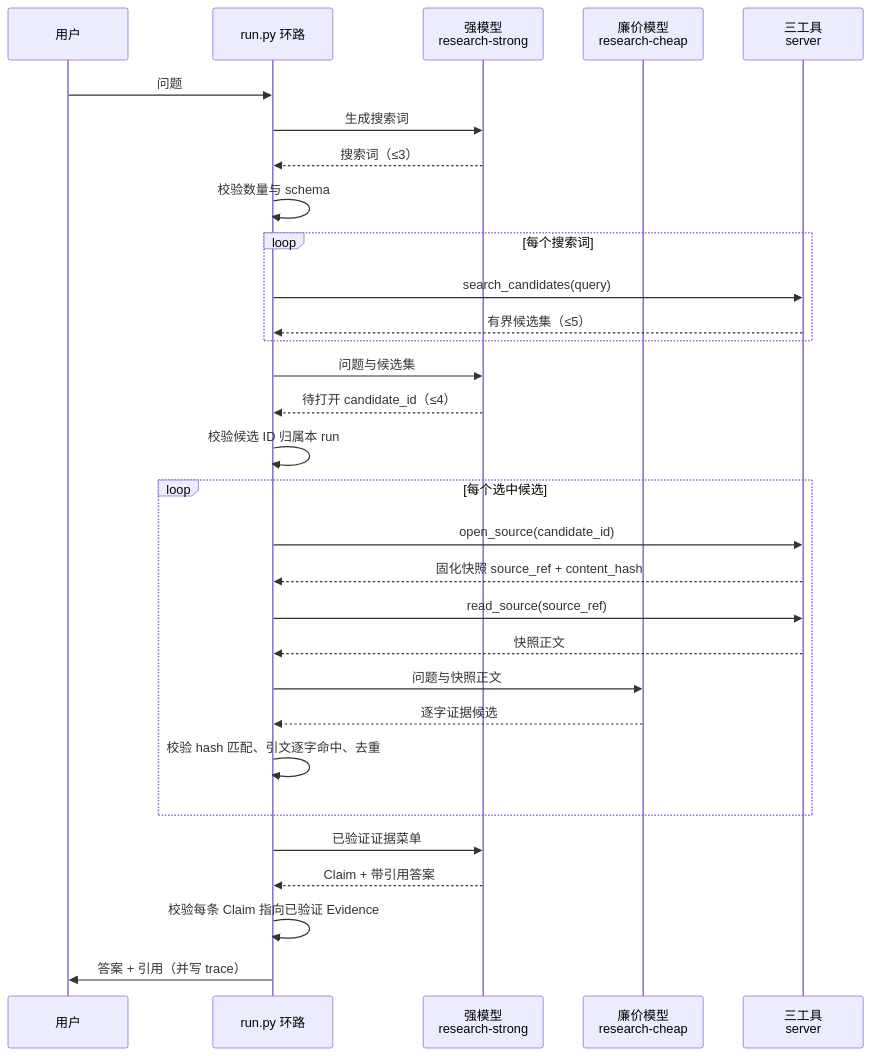
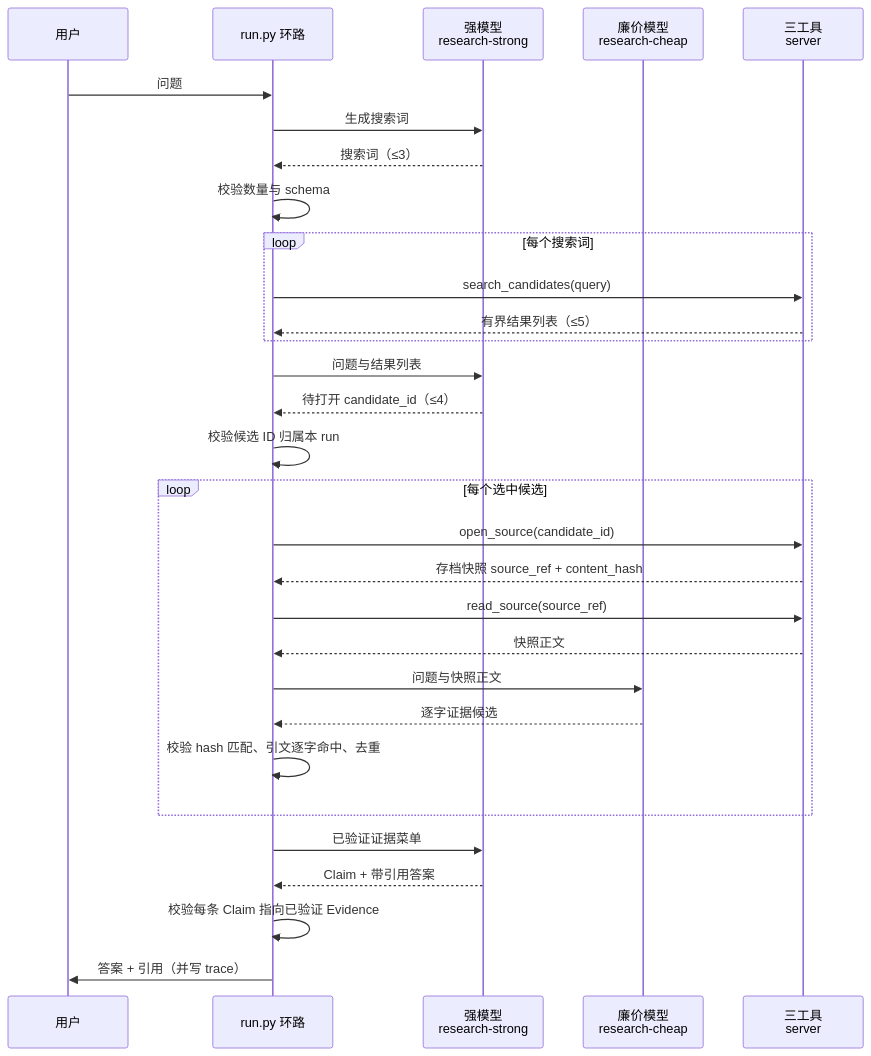
One commit to SuperCatQR/traceable-research-runtime changed the diagram in docs/validation-poc.md. Above: the diagram before and after it, drawn with Mermaid. The commit also changed other lines of this file and 7 other files, not shown here.

````diff
--- a/docs/validation-poc.md
+++ b/docs/validation-poc.md
@@ -94,33 +94,33 @@
 ```mermaid
 sequenceDiagram
     participant U as 用户
     participant R as run.py 环路
     participant S as 强模型<br/>research-strong
     participant C as 廉价模型<br/>research-cheap
     participant SI as 三工具<br/>server
 
     U->>R: 问题
     R->>S: 生成搜索词
     S-->>R: 搜索词（≤3）
     R->>R: 校验数量与 schema
     loop 每个搜索词
         R->>SI: search_candidates(query)
-        SI-->>R: 有界候选集（≤5）
+        SI-->>R: 有界结果列表（≤5）
     end
-    R->>S: 问题与候选集
+    R->>S: 问题与结果列表
     S-->>R: 待打开 candidate_id（≤4）
     R->>R: 校验候选 ID 归属本 run
     loop 每个选中候选
         R->>SI: open_source(candidate_id)
-        SI-->>R: 固化快照 source_ref + content_hash
+        SI-->>R: 存档快照 source_ref + content_hash
         R->>SI: read_source(source_ref)
         SI-->>R: 快照正文
         R->>C: 问题与快照正文
         C-->>R: 逐字证据候选
         R->>R: 校验 hash 匹配、引文逐字命中、去重
     end
     R->>S: 已验证证据菜单
     S-->>R: Claim + 带引用答案
     R->>R: 校验每条 Claim 指向已验证 Evidence
     R->>U: 答案 + 引用（并写 trace）
 ```
````
